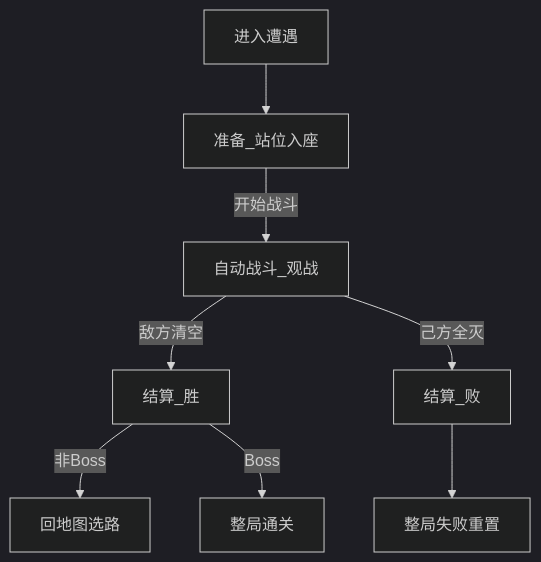
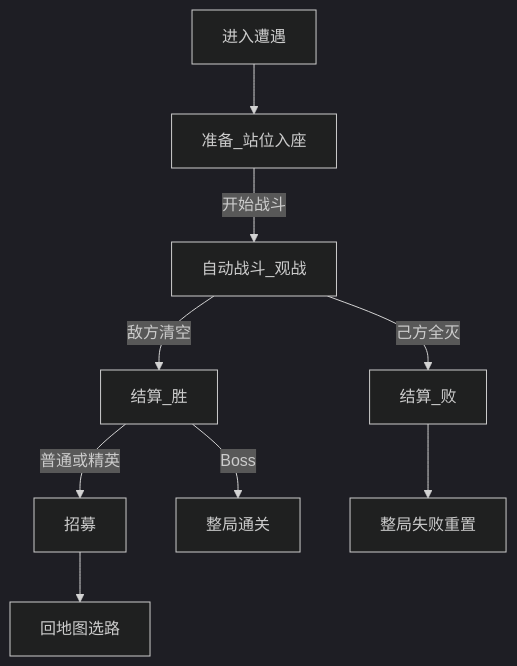
One commit to Kanerickyz/Godot-Project---Clash-royale-like-Game changed the diagram in Documents/Features/COMBAT.md. Above: the diagram before and after it, drawn with Mermaid (dark theme). The commit also changed other lines of this file and 9 other files, not shown here.

````diff
--- a/Documents/Features/COMBAT.md
+++ b/Documents/Features/COMBAT.md
@@ -87,10 +89,10 @@
 ```mermaid
 flowchart TD
   Enter[进入遭遇] --> Prep[准备_站位入座]
   Prep -->|开始战斗| Combat[自动战斗_观战]
   Combat -->|敌方清空| WinResolve[结算_胜]
   Combat -->|己方全灭| LoseResolve[结算_败]
-  WinResolve -->|非Boss| BackMap[回地图选路]
+  WinResolve -->|普通或精英| Recruit[招募] --> BackMap[回地图选路]
   WinResolve -->|Boss| RunWin[整局通关]
   LoseResolve --> RunLose[整局失败重置]
 ```
````
